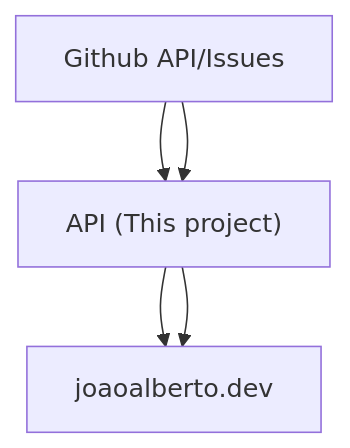
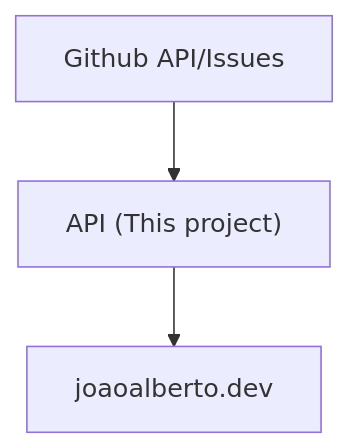
One commit to infinite-nil/blog-api changed the diagram in README.md. Above: the diagram before and after it, drawn with Mermaid.

````diff
--- a/README.md
+++ b/README.md
@@ -5,4 +5,5 @@
 ```mermaid
 graph TD
-   A["Github API/Issues"] --> B["API (This project)"] & B["API (This project)"] --> C["joaoalberto.dev"]
+   A["Github API/Issues"] --> B["API (This project)"];
+   B["API (This project)"] --> C["joaoalberto.dev"]
 ```
````
